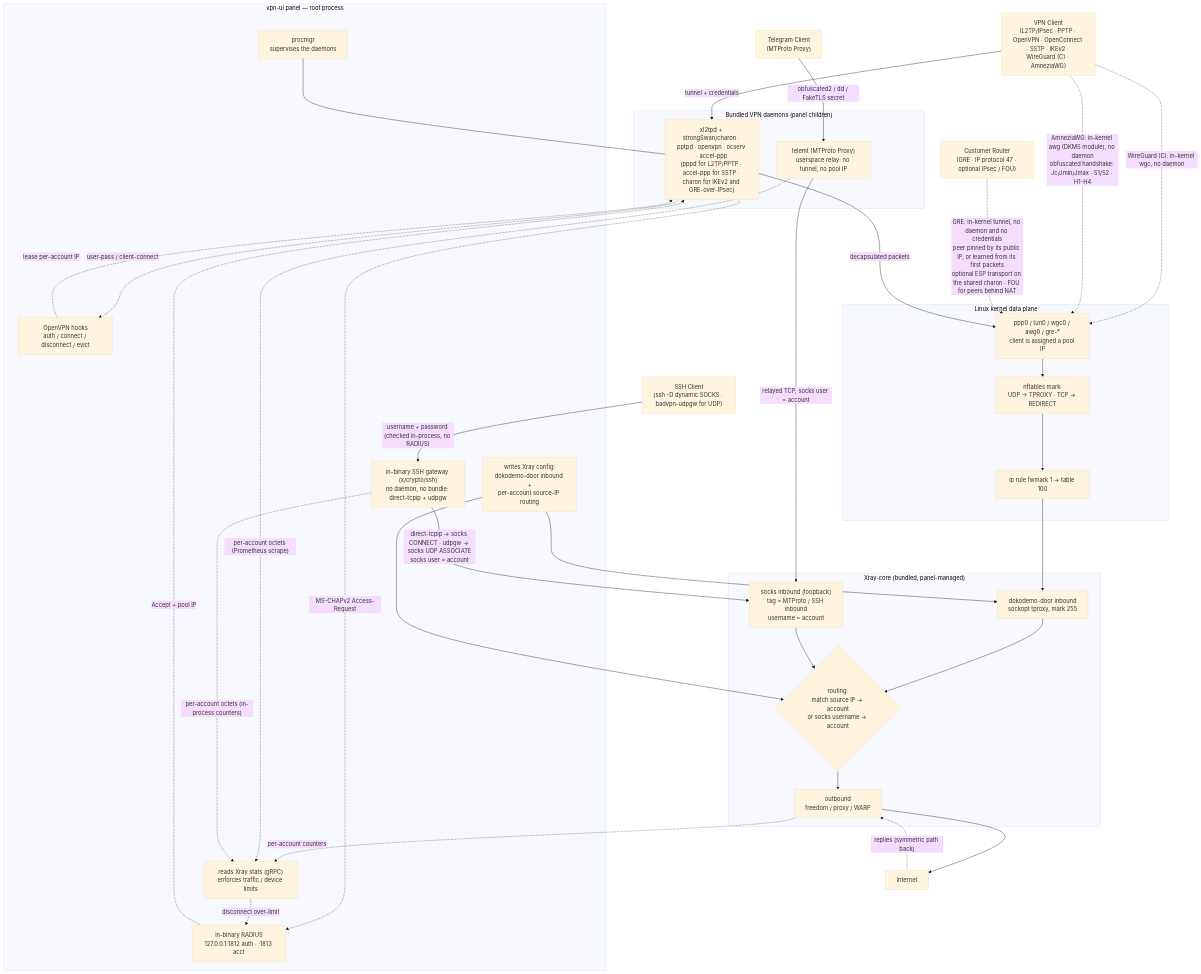
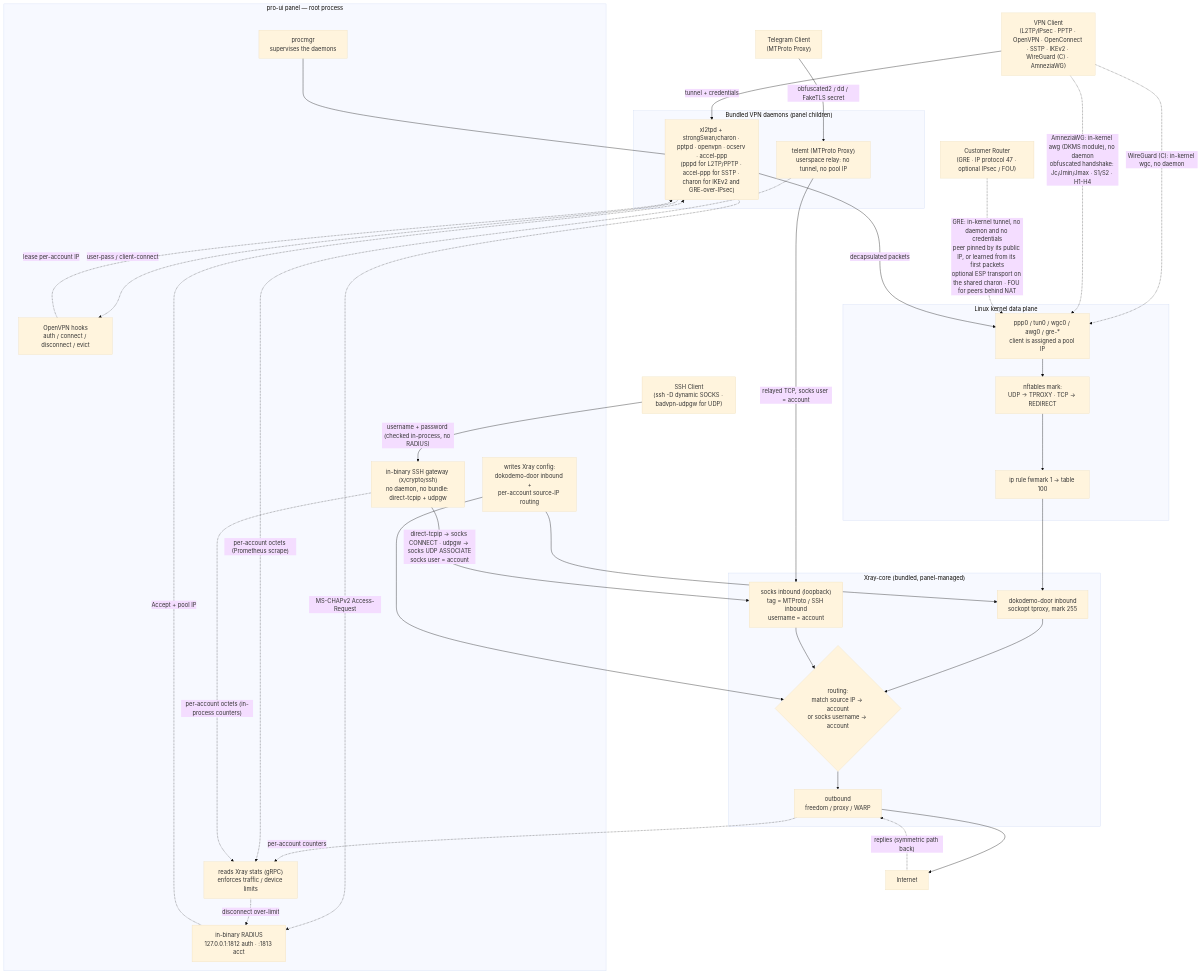
One commit to hasan1808/vpn-ui changed the first of 2 diagrams in README.md. Above: the diagram before and after it, drawn with Mermaid (base theme). The commit also changed other lines of this file and 243 other files, not shown here.

Commit message:
rebrand: VPN-UI -> PRO-UI (module path github.com/hasan1808/pro-ui, UI brand, certs, console); keep server paths/binary/service/command vpn-ui so manual update keeps working

````diff
--- a/README.md
+++ b/README.md
@@ -122,66 +122,66 @@
 ```mermaid
 flowchart TB
   Client["VPN Client<br/>(L2TP/IPsec · PPTP · OpenVPN · OpenConnect · SSTP · IKEv2 · WireGuard (C) · AmneziaWG)"]
   TGC["Telegram Client<br/>(MTProto Proxy)"]
   SSHC["SSH Client<br/>(ssh -D dynamic SOCKS · badvpn-udpgw for UDP)"]
   GREC["Customer Router<br/>(GRE · IP protocol 47 · optional IPsec / FOU)"]
 
-  subgraph PANEL["vpn-ui panel — root process"]
+  subgraph PANEL["pro-ui panel — root process"]
     PROC["procmgr<br/>supervises the daemons"]
     RAD["in-binary RADIUS<br/>127.0.0.1:1812 auth · :1813 acct"]
     HOOK["OpenVPN hooks<br/>auth / connect / disconnect / evict"]
     CONF["writes Xray config:<br/>dokodemo-door inbound +<br/>per-account source-IP routing"]
     STAT["reads Xray stats (gRPC)<br/>enforces traffic / device limits"]
     SSHSRV["in-binary SSH gateway (x/crypto/ssh)<br/>no daemon, no bundle: direct-tcpip + udpgw"]
   end
 
   subgraph DAEMON["Bundled VPN daemons (panel children)"]
     D["xl2tpd + strongSwan/charon · pptpd · openvpn · ocserv · accel-ppp<br/>(pppd for L2TP/PPTP · accel-ppp for SSTP · charon for IKEv2 and GRE-over-IPsec)"]
     MT["telemt (MTProto Proxy)<br/>userspace relay: no tunnel, no pool IP"]
   end
 
   subgraph KERNEL["Linux kernel data plane"]
     IFACE["ppp0 / tun0 / wgc0 / awg0 / gre-*<br/>client is assigned a pool IP"]
     NFT["nftables mark:<br/>UDP → TPROXY · TCP → REDIRECT"]
     RULE["ip rule fwmark 1 → table 100"]
   end
 
   subgraph XRAY["Xray-core (bundled, panel-managed)"]
     DOKO["dokodemo-door inbound<br/>sockopt tproxy, mark 255"]
     SOCKS["socks inbound (loopback)<br/>tag = MTProto / SSH inbound<br/>username = account"]
     ROUTE{"routing:<br/>match source IP → account<br/>or socks username → account"}
     OUT["outbound<br/>freedom / proxy / WARP"]
   end
 
   NET["Internet"]
 
   %% control plane
   Client -->|"tunnel + credentials"| D
   Client -.->|"WireGuard (C): in-kernel wgc, no daemon"| IFACE
   Client -.->|"AmneziaWG: in-kernel awg (DKMS module), no daemon<br/>obfuscated handshake: Jc/Jmin/Jmax · S1/S2 · H1-H4"| IFACE
   GREC -.->|"GRE: in-kernel tunnel, no daemon and no credentials<br/>peer pinned by its public IP, or learned from its first packets<br/>optional ESP transport on the shared charon · FOU for peers behind NAT"| IFACE
   TGC -->|"obfuscated2 / dd / FakeTLS secret"| MT
   SSHC -->|"username + password (checked in-process, no RADIUS)"| SSHSRV
   D -.->|"MS-CHAPv2 Access-Request"| RAD
   RAD -.->|"Accept + pool IP"| D
   D -.->|"user-pass / client-connect"| HOOK
   HOOK -.->|"lease per-account IP"| D
   PROC --- D
   CONF --> DOKO
   CONF --> ROUTE
 
   %% data plane
   D -->|"decapsulated packets"| IFACE
   IFACE --> NFT --> RULE --> DOKO
   DOKO --> ROUTE --> OUT --> NET
   MT -->|"relayed TCP, socks user = account"| SOCKS
   SSHSRV -->|"direct-tcpip → socks CONNECT · udpgw → socks UDP ASSOCIATE<br/>socks user = account"| SOCKS
   SOCKS --> ROUTE
 
   %% accounting + return
   OUT -.->|"per-account counters"| STAT
   MT -.->|"per-account octets (Prometheus scrape)"| STAT
   SSHSRV -.->|"per-account octets (in-process counters)"| STAT
   STAT -.->|"disconnect over-limit"| RAD
   NET -.->|"replies (symmetric path back)"| OUT
 ```
````
